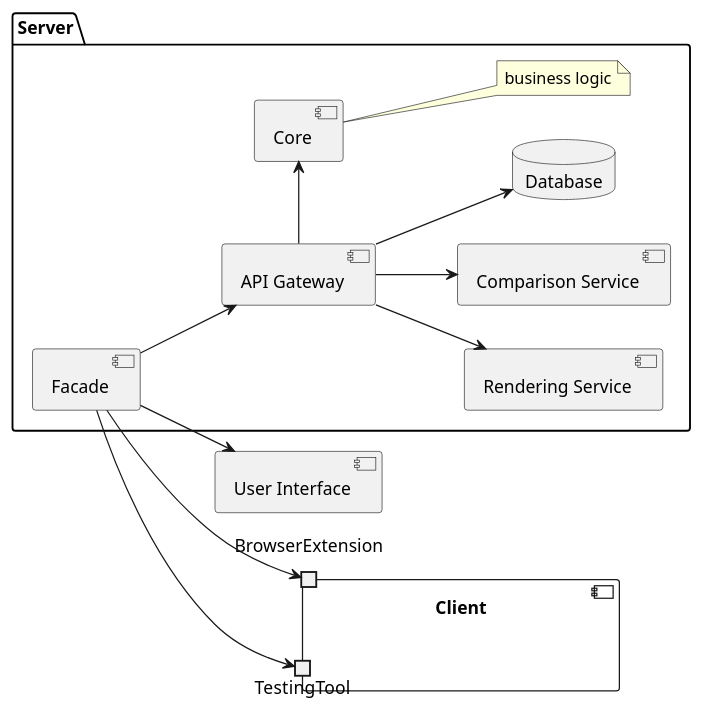
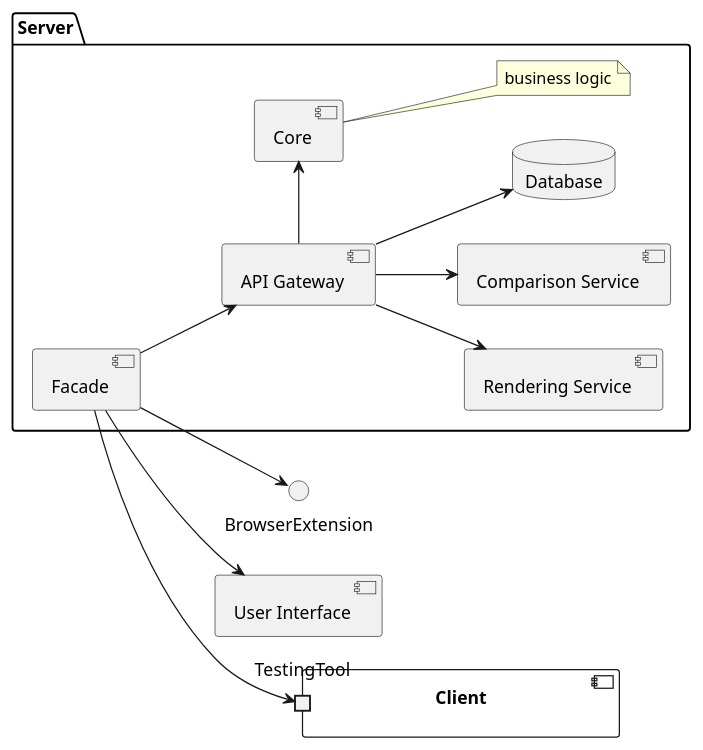
Before and after one commit to Alexander-64/microservices-description: the diagram in microservices/architecture.plantuml, drawn with PlantUML. The commit also changed 1 other file, not shown here.

```diff
--- a/microservices/architecture.plantuml
+++ b/microservices/architecture.plantuml
@@ -1,35 +1,34 @@
 @startuml
 
 
 left to right direction
 
 package "Server" {
 
   [Facade] 
   [API Gateway]
   [Rendering Service]
   [Core]
   [Comparison Service]
   [Facade] --> [API Gateway]
   [API Gateway] --> [Rendering Service]
   [API Gateway] -> [Core]
   [API Gateway] --> [Comparison Service]
   [API Gateway] --> Database
 
   note right of Core: business logic
 
   database "Database" {
 
   }
 }
 
 component Client {
   port TestingTool
-  port BrowserExtension
 }
 
 [Facade] --> TestingTool
 [Facade] --> BrowserExtension
 [Facade] --> [User Interface]
 
 @enduml
```
